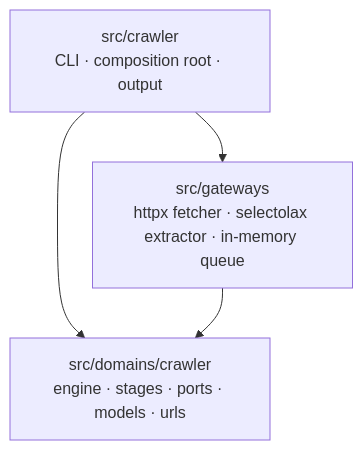
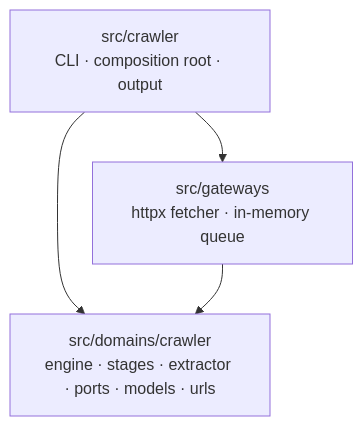
Before and after one commit to Zegocover/engineer-hiring-tech-exercise: the first of 2 diagrams in python/README.md, drawn with Mermaid. The commit also changed other lines of this file, not shown here.

Commit message:
docs(crawler): align README with simplified ports + in-domain parsing

````diff
--- a/python/README.md
+++ b/python/README.md
@@ -68,9 +68,9 @@
 ```mermaid
 flowchart TD
     CLI["src/crawler<br/>CLI · composition root · output"]
-    DOM["src/domains/crawler<br/>engine · stages · ports · models · urls"]
-    GW["src/gateways<br/>httpx fetcher · selectolax extractor · in-memory queue"]
+    DOM["src/domains/crawler<br/>engine · stages · extractor · ports · models · urls"]
+    GW["src/gateways<br/>httpx fetcher · in-memory queue"]
     CLI --> DOM
     GW --> DOM
     CLI --> GW
 ```
````
